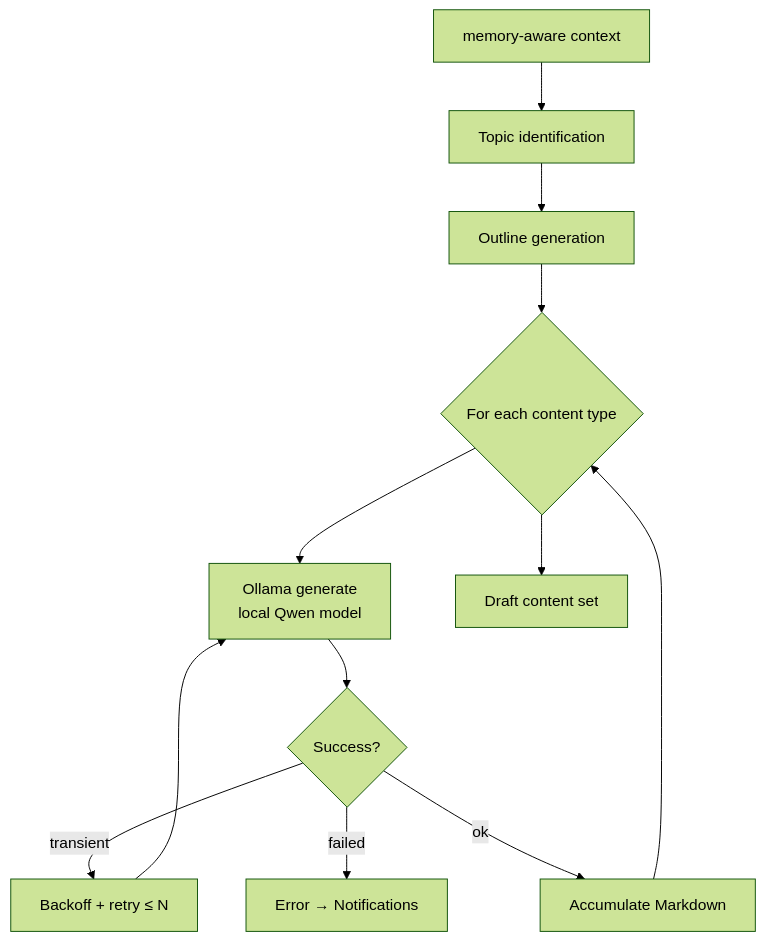
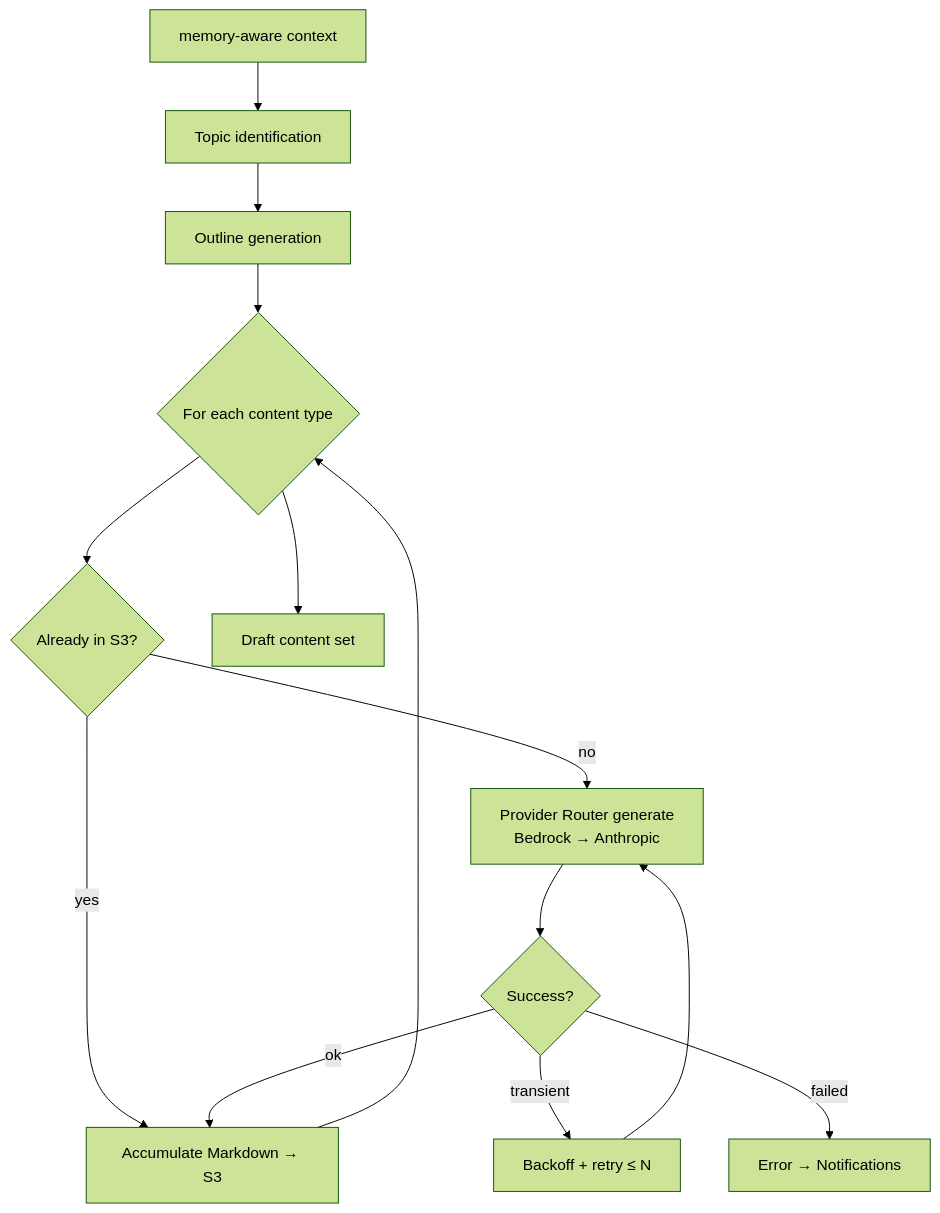
The seventh of 10 diagrams in docs/workflows.md (teddynted/ai-github-repository-blog-generator), drawn with Mermaid (forest theme) before and after one commit. The commit also changed other lines of this file, not shown here.

First line of the commit message:
docs(workflows): /process → Step Functions → worker + Provider Router (Stage D)

````diff
--- a/docs/workflows.md
+++ b/docs/workflows.md
@@ -187,14 +174,16 @@
 ```mermaid
 flowchart TB
     P[memory-aware context] --> TID[Topic identification]
     TID --> OUT[Outline generation]
     OUT --> LOOP{For each content type}
-    LOOP --> OL[Ollama generate<br/>local Qwen model]
+    LOOP --> EX{Already in S3?}
+    EX -- yes --> ACC
+    EX -- no --> OL[Provider Router generate<br/>Bedrock → Anthropic]
     OL --> C{Success?}
     C -- transient --> RB[Backoff + retry ≤ N]
     RB --> OL
     C -- failed --> E[Error → Notifications]
-    C -- ok --> ACC[Accumulate Markdown]
+    C -- ok --> ACC[Accumulate Markdown → S3]
     ACC --> LOOP
     LOOP --> O[Draft content set]
 ```
````
